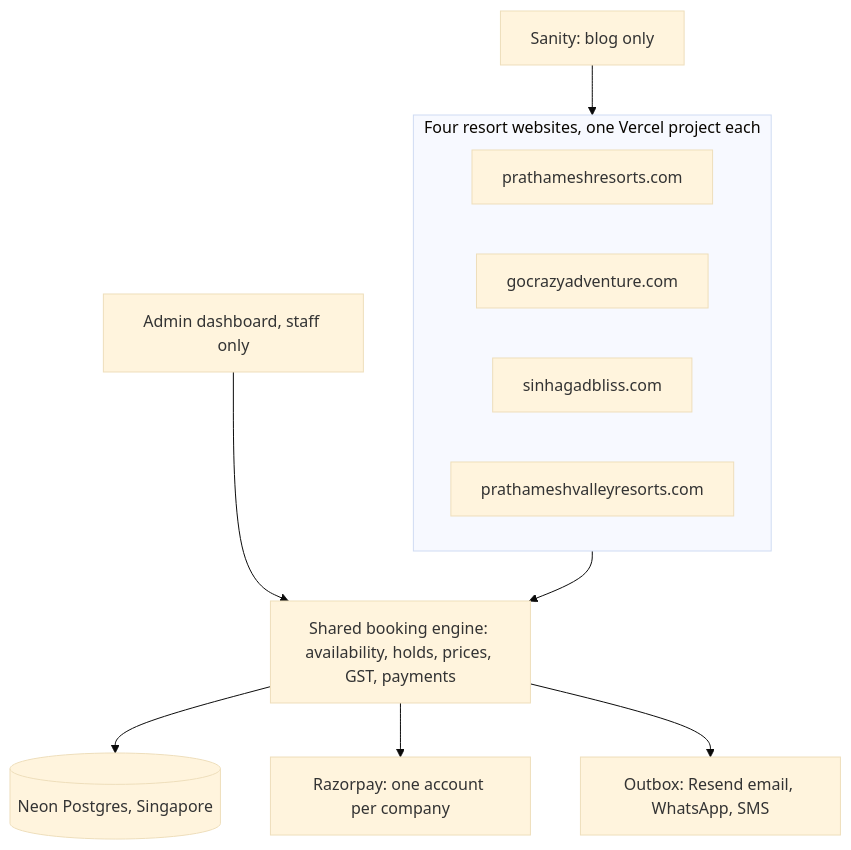
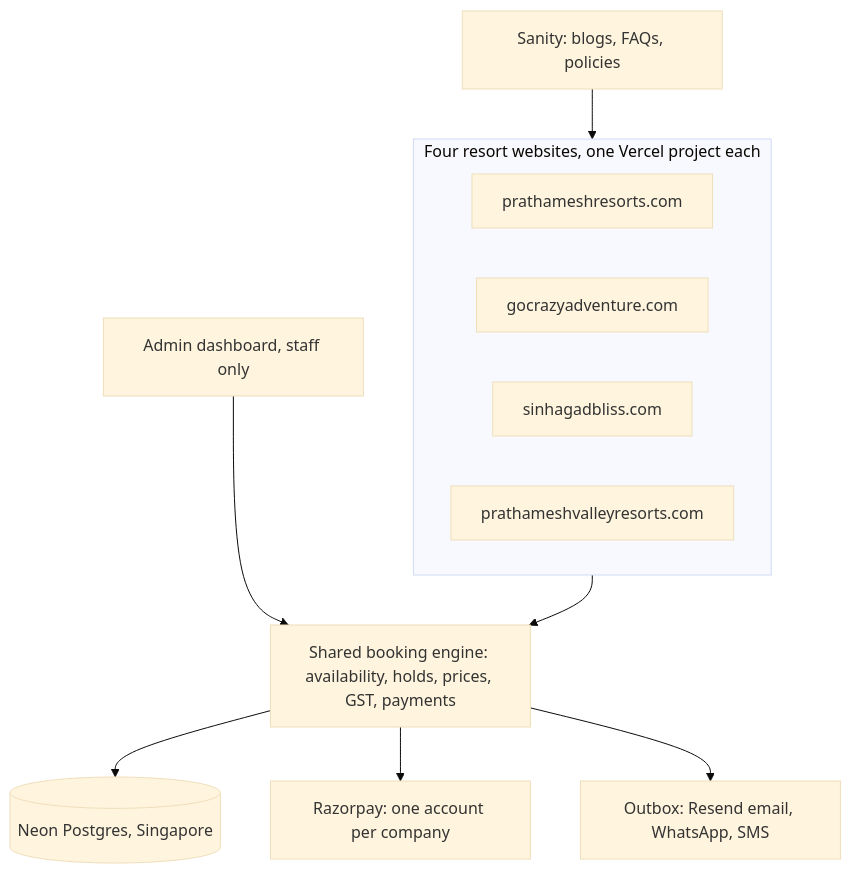
One commit to Rutwik187/Resort-Management changed the diagram in docs/implementation-plan.md. Above: the diagram before and after it, drawn with Mermaid (base theme). The commit also changed other lines of this file and 1 other file, not shown here.

First line of the commit message:
Note in the plan and README what Sanity now holds

````diff
--- a/docs/implementation-plan.md
+++ b/docs/implementation-plan.md
@@ -47,21 +47,21 @@
 ```mermaid
 flowchart TB
   subgraph sites["Four resort websites, one Vercel project each"]
     KS["prathameshresorts.com"]
     GC["gocrazyadventure.com"]
     SB["sinhagadbliss.com"]
     PV["prathameshvalleyresorts.com"]
   end
   admin["Admin dashboard, staff only"]
   engine["Shared booking engine: availability, holds, prices, GST, payments"]
   db[("Neon Postgres, Singapore")]
-  sanity["Sanity: blog only"]
+  sanity["Sanity: blogs, FAQs, policies"]
   razorpay["Razorpay: one account per company"]
   messages["Outbox: Resend email, WhatsApp, SMS"]
   sites --> engine
   admin --> engine
   engine --> db
   engine --> razorpay
   engine --> messages
   sanity --> sites
 ```
````
